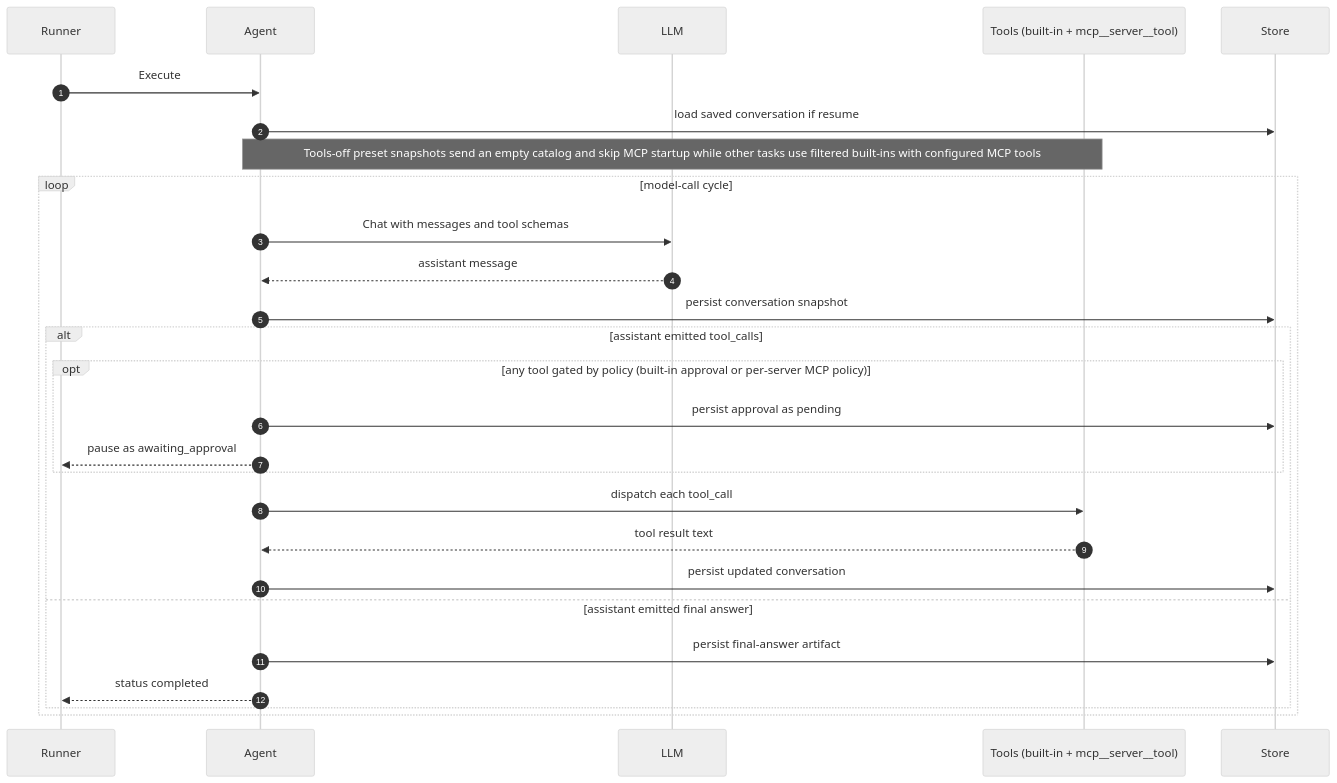
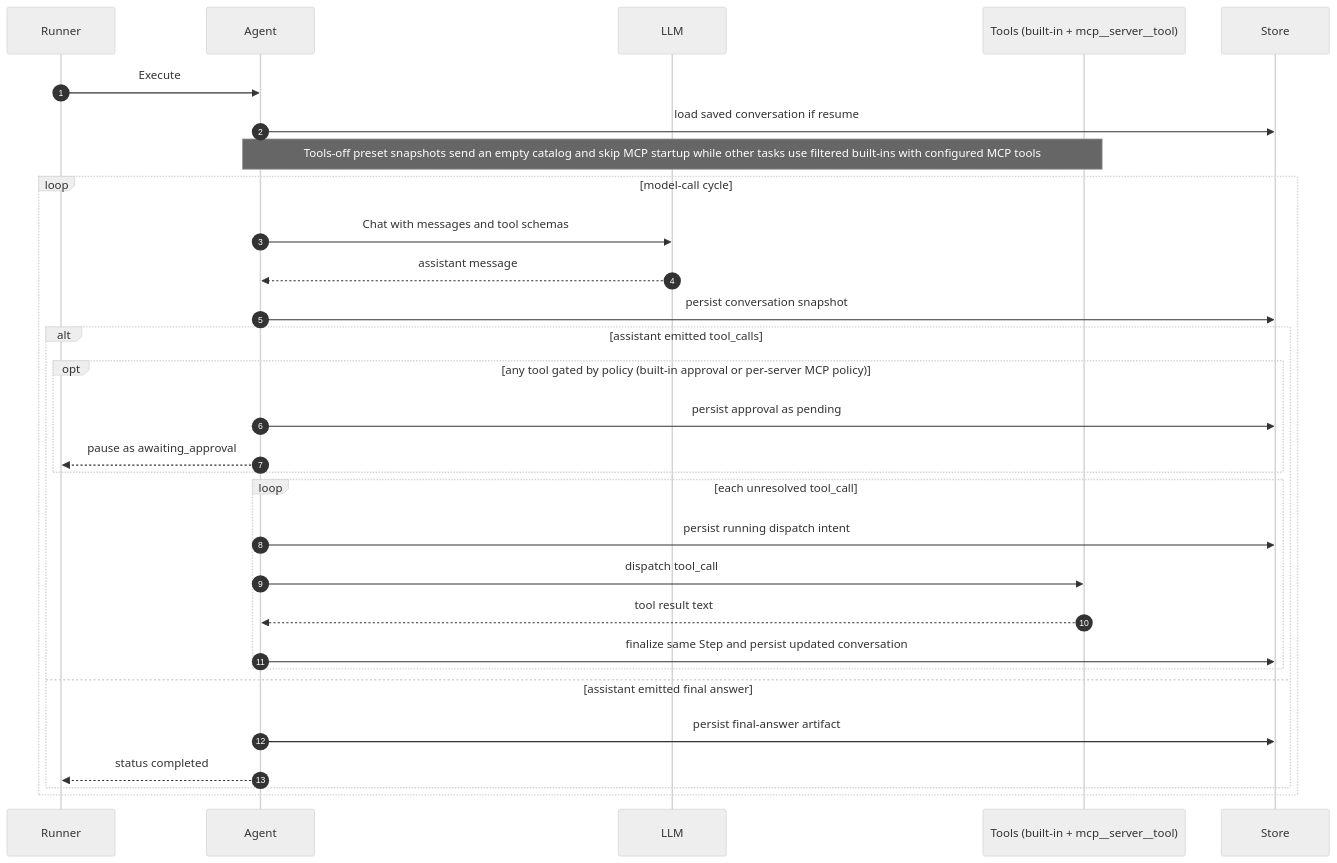
The diagram in docs/runtime/agent-runtime.md (hecatehq/hecate), drawn with Mermaid (neutral theme) before and after one commit. The commit also changed other lines of this file and 50 other files, not shown here.

````diff
--- a/docs/runtime/agent-runtime.md
+++ b/docs/runtime/agent-runtime.md
@@ -115,29 +135,32 @@
 ```mermaid
 sequenceDiagram
     autonumber
     participant Runner
     participant Agent
     participant LLM
     participant Tools as Tools (built-in + mcp__server__tool)
     participant Store
     Runner->>Agent: Execute
     Agent->>Store: load saved conversation if resume
     Note over Agent,Tools: Tools-off preset snapshots send an empty catalog and skip MCP startup while other tasks use filtered built-ins with configured MCP tools
     loop model-call cycle
         Agent->>LLM: Chat with messages and tool schemas
         LLM-->>Agent: assistant message
         Agent->>Store: persist conversation snapshot
         alt assistant emitted tool_calls
             opt any tool gated by policy (built-in approval or per-server MCP policy)
                 Agent->>Store: persist approval as pending
                 Agent-->>Runner: pause as awaiting_approval
             end
-            Agent->>Tools: dispatch each tool_call
-            Tools-->>Agent: tool result text
-            Agent->>Store: persist updated conversation
+            loop each unresolved tool_call
+                Agent->>Store: persist running dispatch intent
+                Agent->>Tools: dispatch tool_call
+                Tools-->>Agent: tool result text
+                Agent->>Store: finalize same Step and persist updated conversation
+            end
         else assistant emitted final answer
             Agent->>Store: persist final-answer artifact
             Agent-->>Runner: status completed
         end
     end
 ```
````
